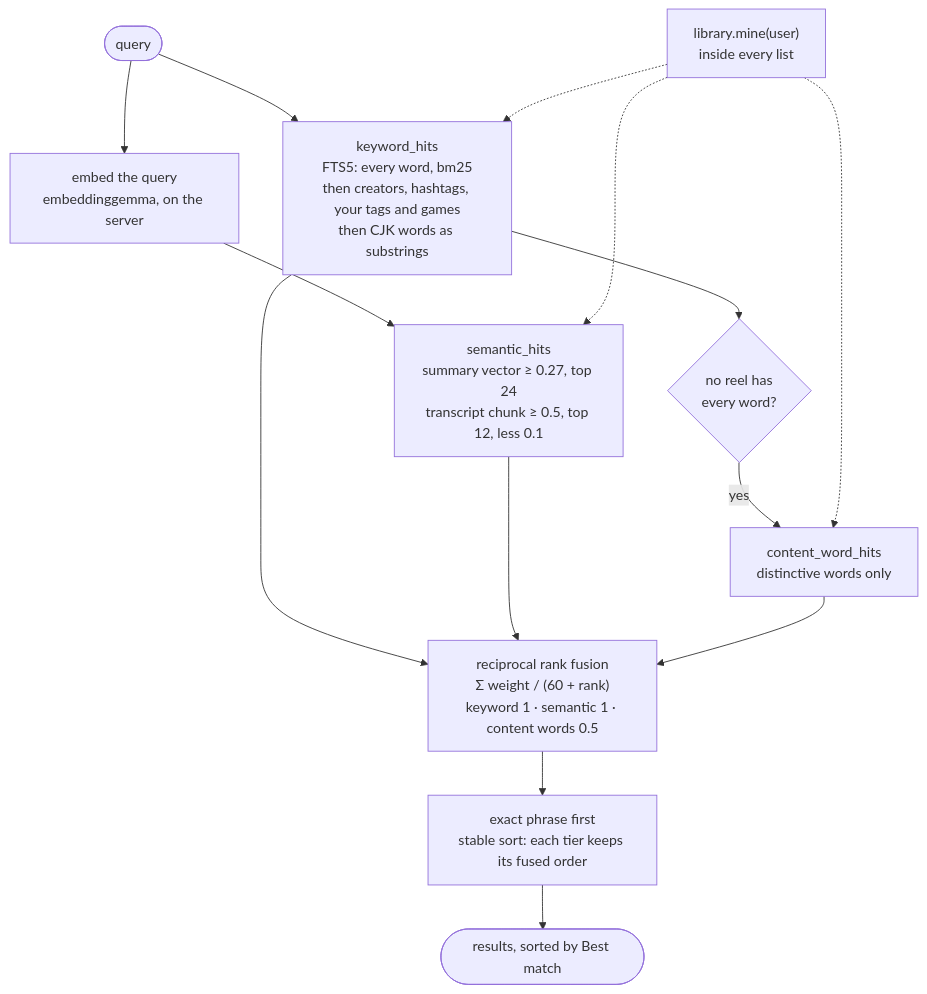
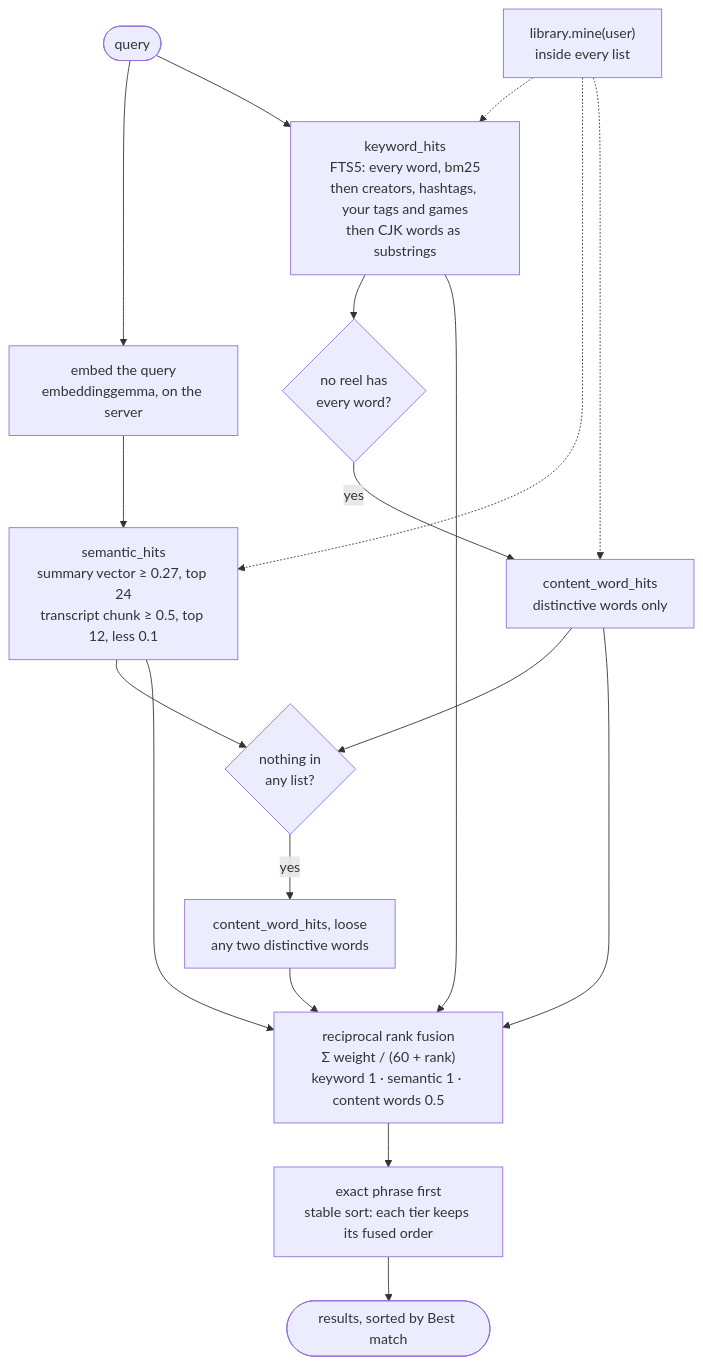
The sixth of 9 diagrams in docs/operation.md (spanthetree/hikidashi), drawn with Mermaid before and after one commit. The commit also changed other lines of this file and 2 other files, not shown here.

First line of the commit message:
Search: when nothing matches with vectors, any two words, as without them (#20)

````diff
--- a/docs/operation.md
+++ b/docs/operation.md
@@ -262,16 +262,20 @@
 ```mermaid
 flowchart TD
   q(["query"]) --> embedq["embed the query<br/>embeddinggemma, on the server"]
   q --> kw["keyword_hits<br/>FTS5: every word, bm25<br/>then creators, hashtags, your tags and games<br/>then CJK words as substrings"]
   embedq --> sem["semantic_hits<br/>summary vector ≥ 0.27, top 24<br/>transcript chunk ≥ 0.5, top 12, less 0.1"]
   kw --> none{"no reel has<br/>every word?"}
   none -- yes --> cw["content_word_hits<br/>distinctive words only"]
+  cw --> empty{"nothing in<br/>any list?"}
+  sem --> empty
+  empty -- yes --> loose["content_word_hits, loose<br/>any two distinctive words"]
+  loose --> fuse
   kw --> fuse["reciprocal rank fusion<br/>Σ weight / (60 + rank)<br/>keyword 1 · semantic 1 · content words 0.5"]
   sem --> fuse
   cw --> fuse
   fuse --> pin["exact phrase first<br/>stable sort: each tier keeps its fused order"]
   pin --> out(["results, sorted by Best match"])
   scope["library.mine(user)<br/>inside every list"] -.-> kw
   scope -.-> sem
   scope -.-> cw
 ```
````
